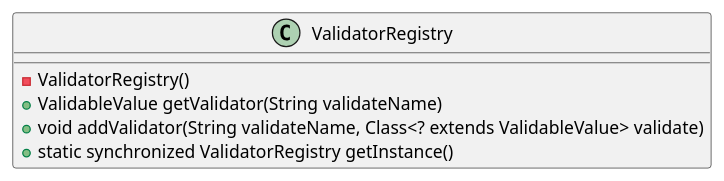
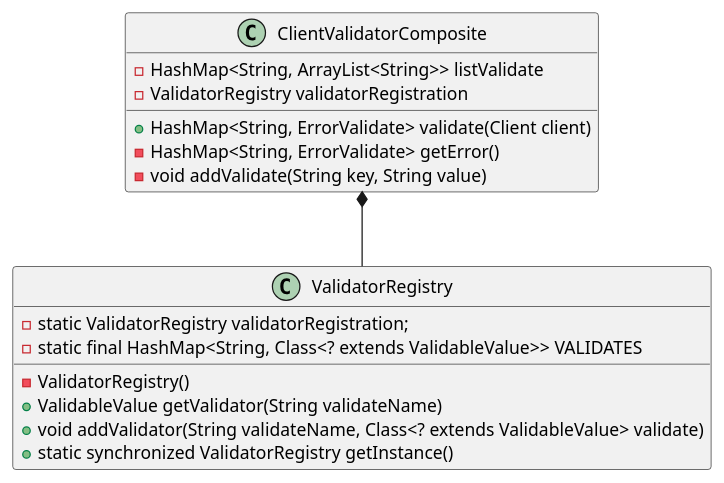
The diagram in store 2020a 14 septiembre/backend/plantUML/Validator.puml (luciano55/storeApp2020), drawn with PlantUML before and after one commit. The commit also changed 8 other files, not shown here.

```diff
--- a/store 2020a 14 septiembre/backend/plantUML/Validator.puml
+++ b/store 2020a 14 septiembre/backend/plantUML/Validator.puml
@@ -1,8 +1,19 @@
-@startuml validator
+@startuml
 class ValidatorRegistry{
+  -static ValidatorRegistry validatorRegistration;
+  -static final HashMap<String, Class<? extends ValidableValue>> VALIDATES 
   -ValidatorRegistry() 
   +ValidableValue getValidator(String validateName)
   +void addValidator(String validateName, Class<? extends ValidableValue> validate) 
   +static synchronized ValidatorRegistry getInstance() 
 }
+class ClientValidatorComposite{
+  -HashMap<String, ArrayList<String>> listValidate
+  -ValidatorRegistry validatorRegistration
+  +HashMap<String, ErrorValidate> validate(Client client)
+  -HashMap<String, ErrorValidate> getError()
+  -void addValidate(String key, String value)  
+}
+
+ClientValidatorComposite *-- ValidatorRegistry
 @enduml
```
